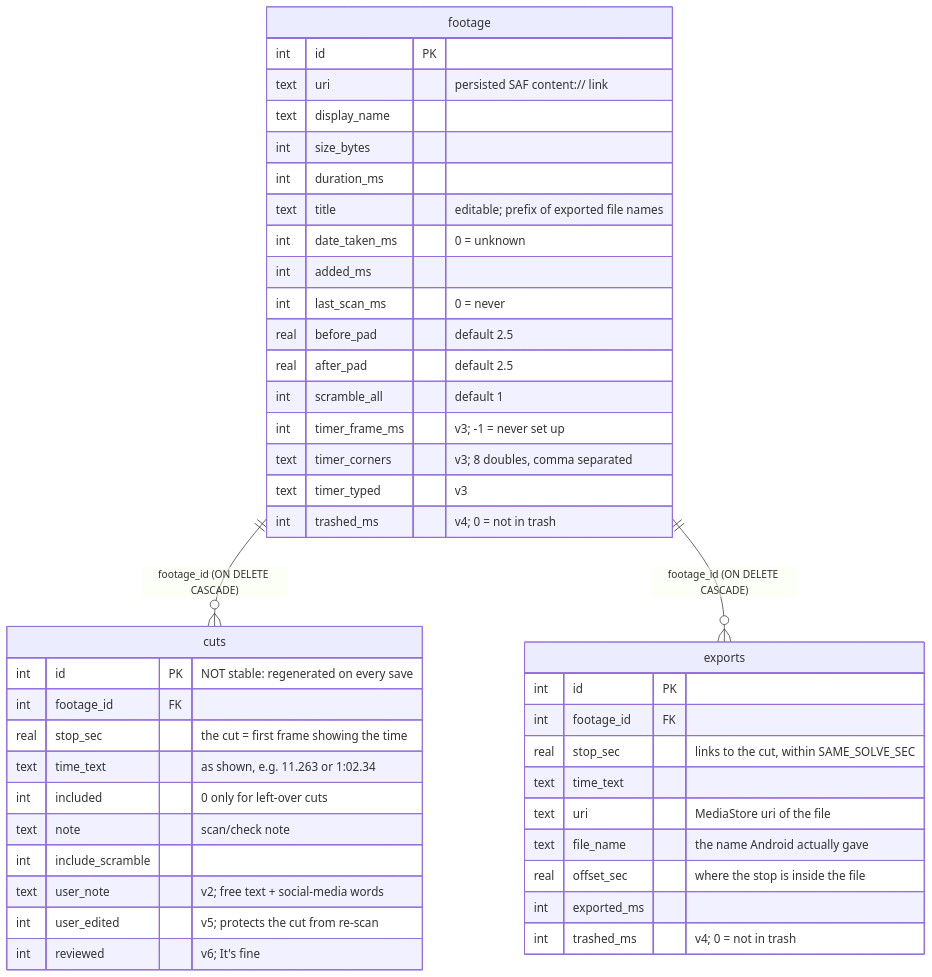
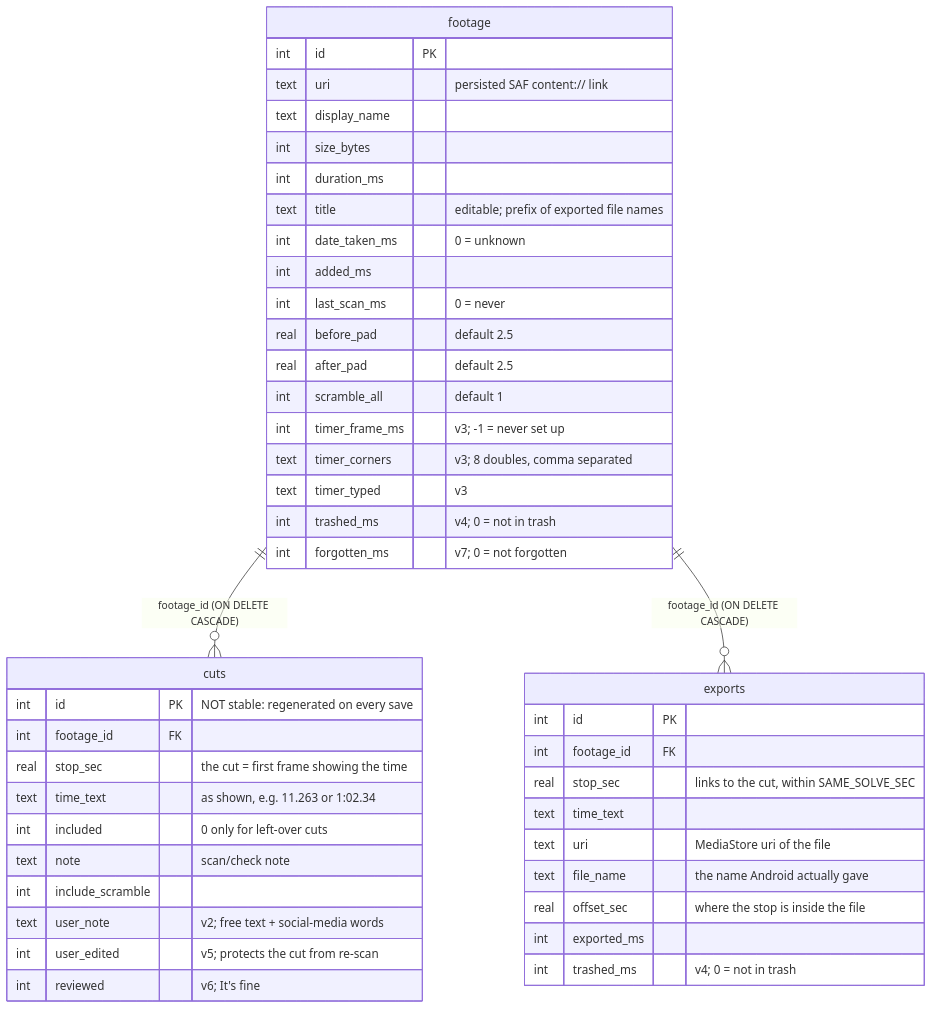
One commit to justinihil/CubeCut changed the diagram in docs/data-model.md. Above: the diagram before and after it, drawn with Mermaid. The commit also changed other lines of this file and 11 other files, not shown here.

````diff
--- a/docs/data-model.md
+++ b/docs/data-model.md
@@ -19,46 +19,47 @@
 ```mermaid
 erDiagram
   footage ||--o{ cuts : "footage_id (ON DELETE CASCADE)"
   footage ||--o{ exports : "footage_id (ON DELETE CASCADE)"
   footage {
     int id PK
     text uri "persisted SAF content:// link"
     text display_name
     int size_bytes
     int duration_ms
     text title "editable; prefix of exported file names"
     int date_taken_ms "0 = unknown"
     int added_ms
     int last_scan_ms "0 = never"
     real before_pad "default 2.5"
     real after_pad "default 2.5"
     int scramble_all "default 1"
     int timer_frame_ms "v3; -1 = never set up"
     text timer_corners "v3; 8 doubles, comma separated"
     text timer_typed "v3"
     int trashed_ms "v4; 0 = not in trash"
+    int forgotten_ms "v7; 0 = not forgotten"
   }
   cuts {
     int id PK "NOT stable: regenerated on every save"
     int footage_id FK
     real stop_sec "the cut = first frame showing the time"
     text time_text "as shown, e.g. 11.263 or 1:02.34"
     int included "0 only for left-over cuts"
     text note "scan/check note"
     int include_scramble
     text user_note "v2; free text + social-media words"
     int user_edited "v5; protects the cut from re-scan"
     int reviewed "v6; It's fine"
   }
   exports {
     int id PK
     int footage_id FK
     real stop_sec "links to the cut, within SAME_SOLVE_SEC"
     text time_text
     text uri "MediaStore uri of the file"
     text file_name "the name Android actually gave"
     real offset_sec "where the stop is inside the file"
     int exported_ms
     int trashed_ms "v4; 0 = not in trash"
   }
 ```
````
